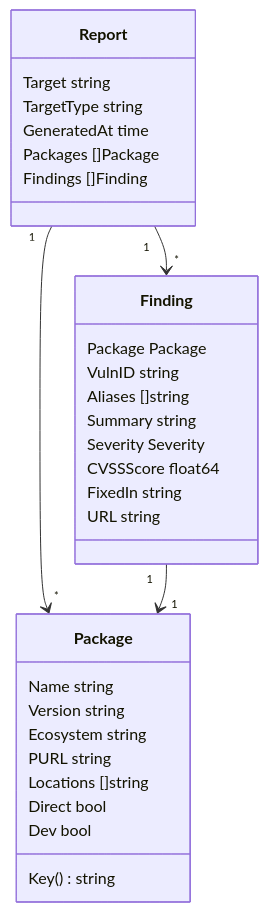
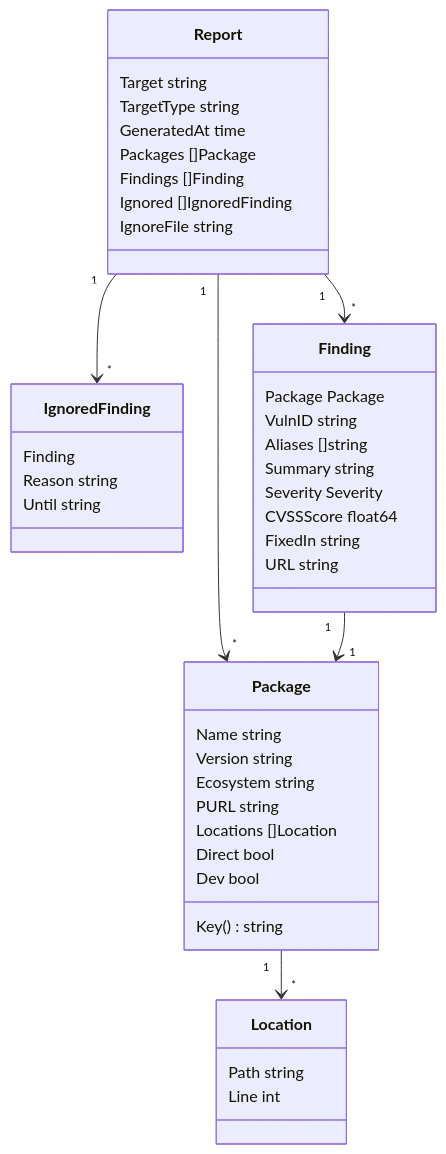
The second of 3 diagrams in docs/architecture.md (0x48core/vulnhound), drawn with Mermaid before and after one commit. The commit also changed other lines of this file and 24 other files, not shown here.

First line of the commit message:
feat!: add SARIF output, ignore file, and path excludes

````diff
--- a/docs/architecture.md
+++ b/docs/architecture.md
@@ -72,33 +77,46 @@
 ```mermaid
 classDiagram
     class Report {
         Target string
         TargetType string
         GeneratedAt time
         Packages []Package
         Findings []Finding
+        Ignored []IgnoredFinding
+        IgnoreFile string
+    }
+    class Location {
+        Path string
+        Line int
+    }
+    class IgnoredFinding {
+        Finding
+        Reason string
+        Until string
     }
     class Package {
         Name string
         Version string
         Ecosystem string
         PURL string
-        Locations []string
+        Locations []Location
         Direct bool
         Dev bool
         Key() string
     }
     class Finding {
         Package Package
         VulnID string
         Aliases []string
         Summary string
         Severity Severity
         CVSSScore float64
         FixedIn string
         URL string
     }
     Report "1" --> "*" Package
     Report "1" --> "*" Finding
     Finding "1" --> "1" Package
+    Package "1" --> "*" Location
+    Report "1" --> "*" IgnoredFinding
 ```
````
